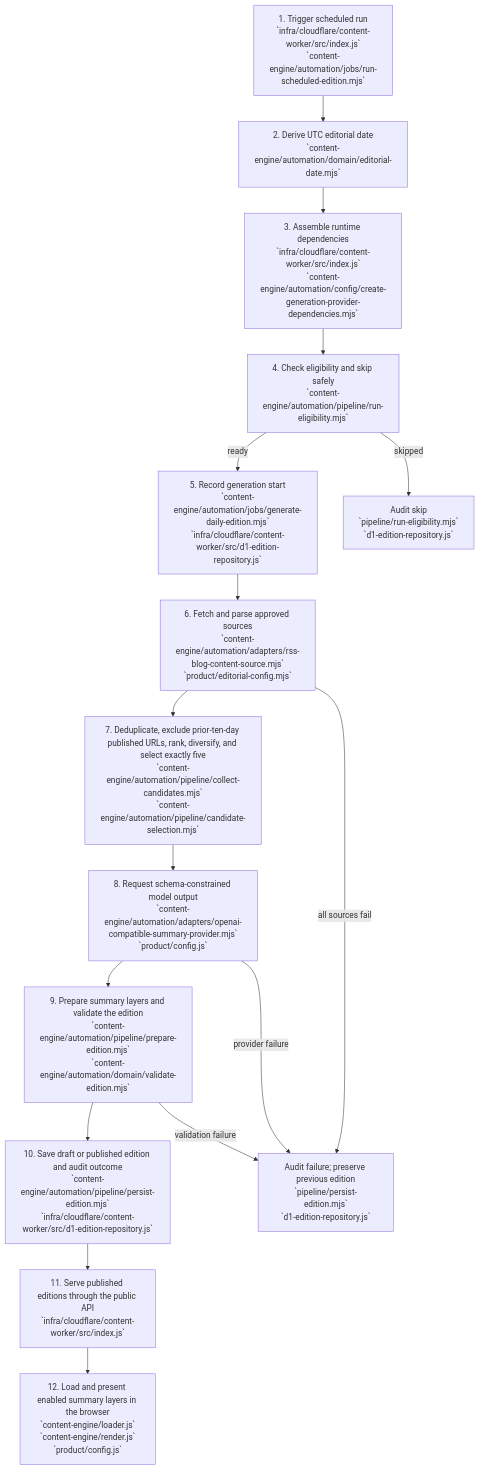
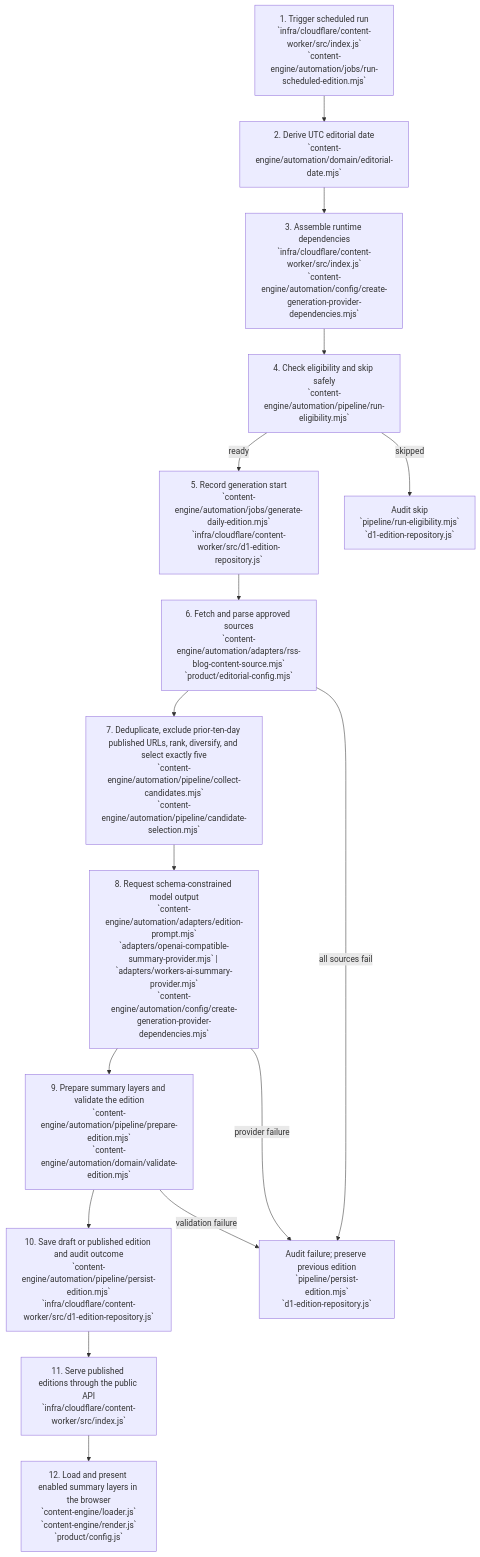
One commit to RadheCode/AINuggets changed the second of 2 diagrams in docs/DAILY_CONTENT_AUTOMATION.md. Above: the diagram before and after it, drawn with Mermaid. The commit also changed other lines of this file and 12 other files, not shown here.

First line of the commit message:
Add pluggable Cloudflare Workers AI summary provider

````diff
--- a/docs/DAILY_CONTENT_AUTOMATION.md
+++ b/docs/DAILY_CONTENT_AUTOMATION.md
@@ -149,22 +150,22 @@
 ```mermaid
 flowchart TD
     S1["1. Trigger scheduled run\n`infra/cloudflare/content-worker/src/index.js`\n`content-engine/automation/jobs/run-scheduled-edition.mjs`"]
     S2["2. Derive UTC editorial date\n`content-engine/automation/domain/editorial-date.mjs`"]
     S3["3. Assemble runtime dependencies\n`infra/cloudflare/content-worker/src/index.js`\n`content-engine/automation/config/create-generation-provider-dependencies.mjs`"]
     S4["4. Check eligibility and skip safely\n`content-engine/automation/pipeline/run-eligibility.mjs`"]
     S5["5. Record generation start\n`content-engine/automation/jobs/generate-daily-edition.mjs`\n`infra/cloudflare/content-worker/src/d1-edition-repository.js`"]
     S6["6. Fetch and parse approved sources\n`content-engine/automation/adapters/rss-blog-content-source.mjs`\n`product/editorial-config.mjs`"]
     S7["7. Deduplicate, exclude prior-ten-day published URLs, rank, diversify, and select exactly five\n`content-engine/automation/pipeline/collect-candidates.mjs`\n`content-engine/automation/pipeline/candidate-selection.mjs`"]
-    S8["8. Request schema-constrained model output\n`content-engine/automation/adapters/openai-compatible-summary-provider.mjs`\n`product/config.js`"]
+    S8["8. Request schema-constrained model output\n`content-engine/automation/adapters/edition-prompt.mjs`\n`adapters/openai-compatible-summary-provider.mjs` | `adapters/workers-ai-summary-provider.mjs`\n`content-engine/automation/config/create-generation-provider-dependencies.mjs`"]
     S9["9. Prepare summary layers and validate the edition\n`content-engine/automation/pipeline/prepare-edition.mjs`\n`content-engine/automation/domain/validate-edition.mjs`"]
     S10["10. Save draft or published edition and audit outcome\n`content-engine/automation/pipeline/persist-edition.mjs`\n`infra/cloudflare/content-worker/src/d1-edition-repository.js`"]
     S11["11. Serve published editions through the public API\n`infra/cloudflare/content-worker/src/index.js`"]
     S12["12. Load and present enabled summary layers in the browser\n`content-engine/loader.js`\n`content-engine/render.js`\n`product/config.js`"]
 
     S1 --> S2 --> S3 --> S4
     S4 -->|ready| S5 --> S6 --> S7 --> S8 --> S9 --> S10 --> S11 --> S12
     S4 -->|skipped| X["Audit skip\n`pipeline/run-eligibility.mjs`\n`d1-edition-repository.js`"]
     S6 -->|all sources fail| F["Audit failure; preserve previous edition\n`pipeline/persist-edition.mjs`\n`d1-edition-repository.js`"]
     S8 -->|provider failure| F
     S9 -->|validation failure| F
 ```
````
